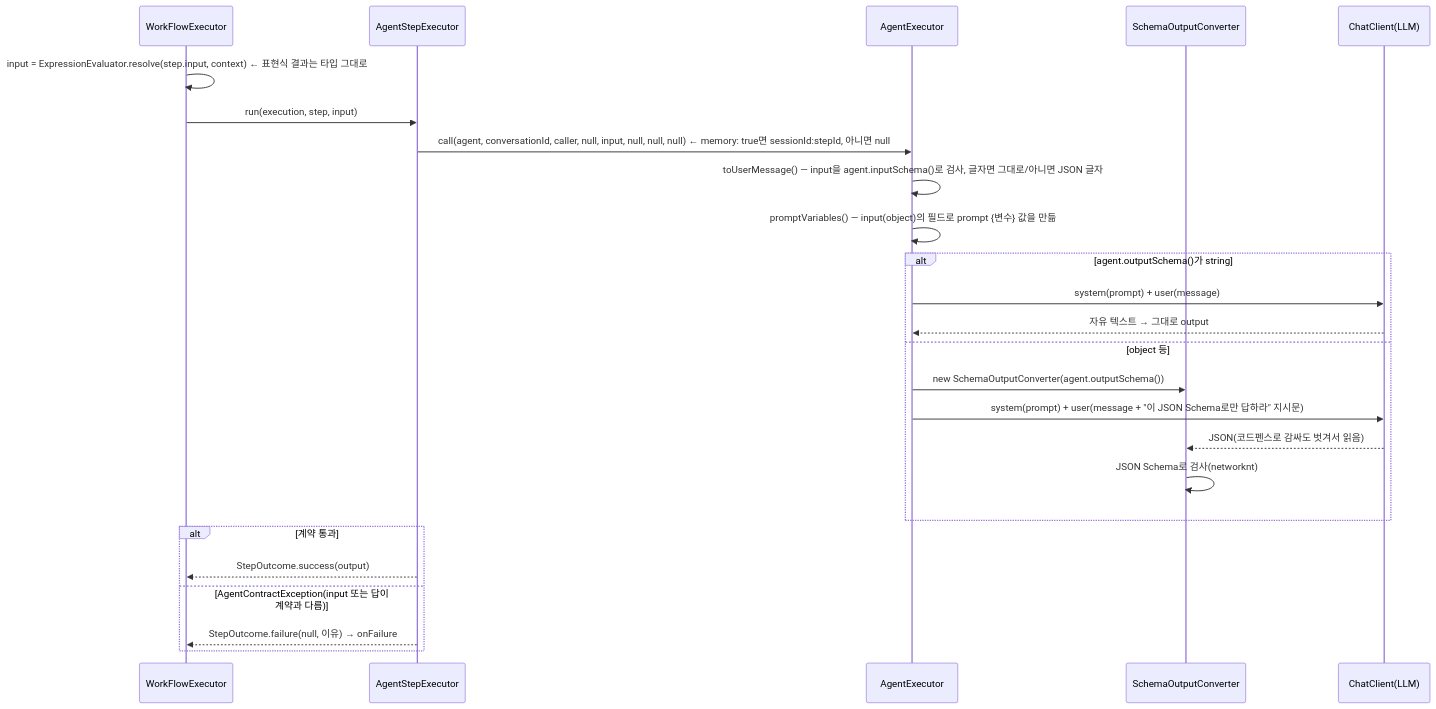
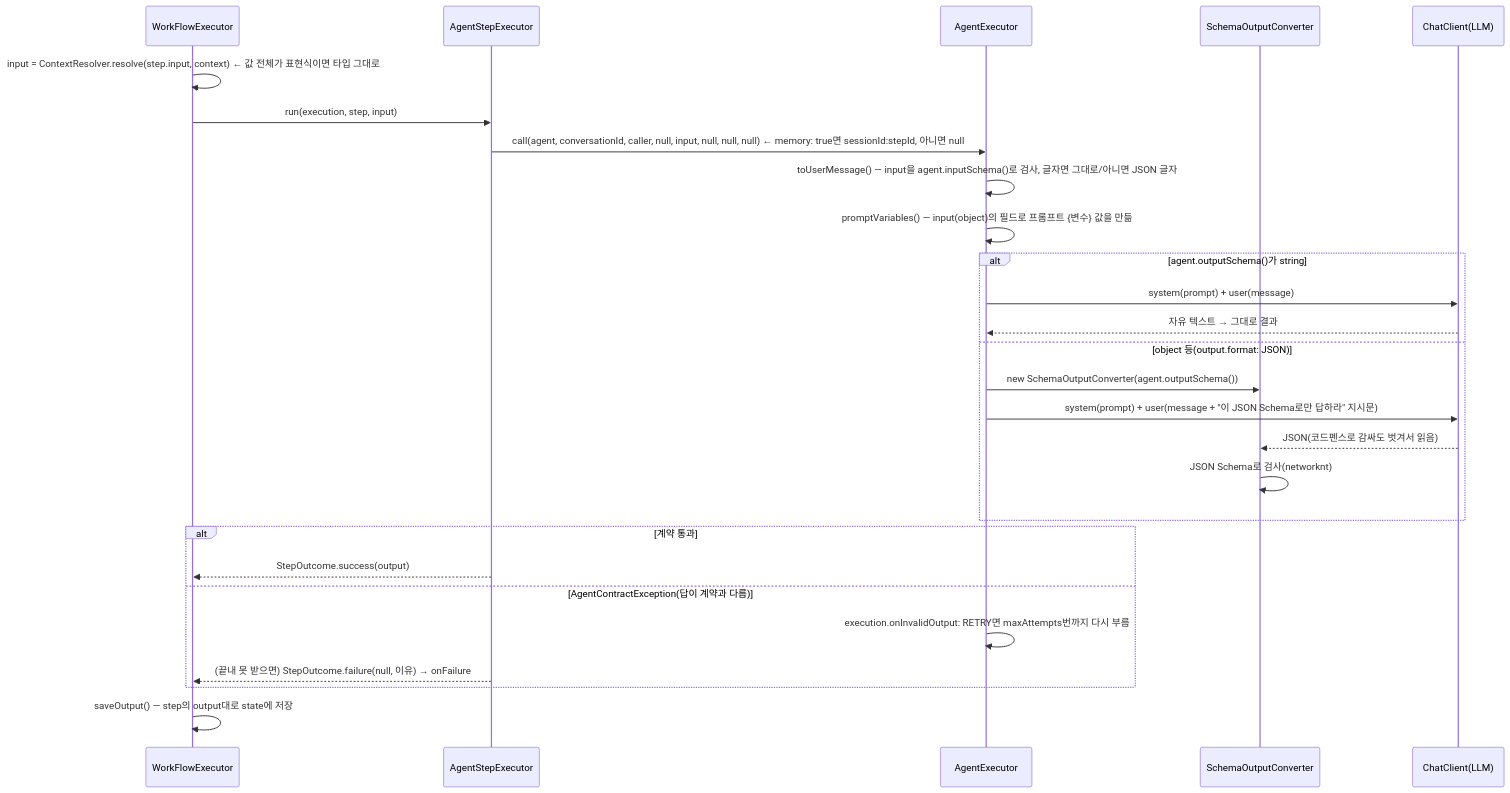
Before and after one commit to YongSoekChoeng/dstone: the sixth of 10 diagrams in docs/09.dstone-ai-engine.md, drawn with Mermaid. The commit also changed other lines of this file and 203 other files, not shown here.

````diff
--- a/docs/09.dstone-ai-engine.md
+++ b/docs/09.dstone-ai-engine.md
@@ -719,27 +763,29 @@
 ```mermaid
 sequenceDiagram
     participant WE as WorkFlowExecutor
     participant ASR as AgentStepExecutor
     participant AE as AgentExecutor
     participant CV as SchemaOutputConverter
     participant LLM as ChatClient(LLM)
-    WE->>WE: input = ExpressionEvaluator.resolve(step.input, context)  ← 표현식 결과는 타입 그대로
+    WE->>WE: input = ContextResolver.resolve(step.input, context)  ← 값 전체가 표현식이면 타입 그대로
     WE->>ASR: run(execution, step, input)
     ASR->>AE: call(agent, conversationId, caller, null, input, null, null, null)  ← memory: true면 sessionId:stepId, 아니면 null
     AE->>AE: toUserMessage() — input을 agent.inputSchema()로 검사, 글자면 그대로/아니면 JSON 글자
-    AE->>AE: promptVariables() — input(object)의 필드로 prompt {변수} 값을 만듦
+    AE->>AE: promptVariables() — input(object)의 필드로 프롬프트 {변수} 값을 만듦
     alt agent.outputSchema()가 string
         AE->>LLM: system(prompt) + user(message)
-        LLM-->>AE: 자유 텍스트 → 그대로 output
-    else object 등
+        LLM-->>AE: 자유 텍스트 → 그대로 결과
+    else object 등(output.format: JSON)
         AE->>CV: new SchemaOutputConverter(agent.outputSchema())
         AE->>LLM: system(prompt) + user(message + "이 JSON Schema로만 답하라" 지시문)
         LLM-->>CV: JSON(코드펜스로 감싸도 벗겨서 읽음)
         CV->>CV: JSON Schema로 검사(networknt)
     end
     alt 계약 통과
         ASR-->>WE: StepOutcome.success(output)
-    else AgentContractException(input 또는 답이 계약과 다름)
-        ASR-->>WE: StepOutcome.failure(null, 이유) → onFailure
+    else AgentContractException(답이 계약과 다름)
+        AE->>AE: execution.onInvalidOutput: RETRY면 maxAttempts번까지 다시 부름
+        ASR-->>WE: (끝내 못 받으면) StepOutcome.failure(null, 이유) → onFailure
     end
+    WE->>WE: saveOutput() — step의 output대로 state에 저장
 ```
````
